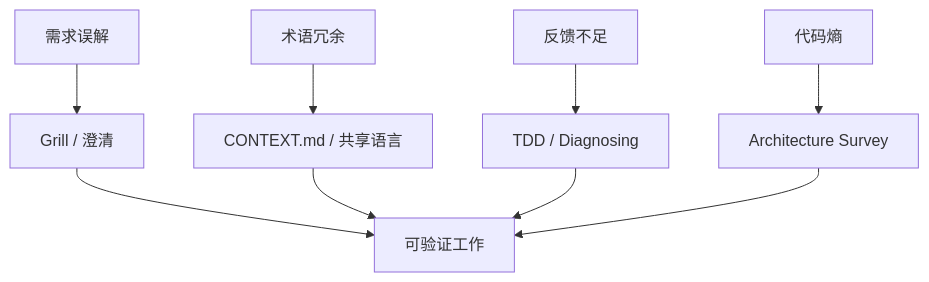
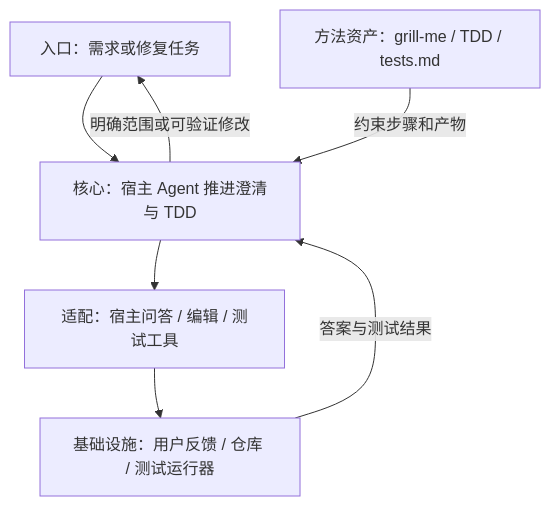
One commit to MarkingYang/aidea-lab changed the first of 3 diagrams in src/content/writing/mattpocock-skills-overview.md. Above: the diagram before and after it, drawn with Mermaid. The commit also changed other lines of this file and 37 other files, not shown here.

````diff
--- a/src/content/writing/mattpocock-skills-overview.md
+++ b/src/content/writing/mattpocock-skills-overview.md
@@ -18,11 +26,9 @@
 ```mermaid
 flowchart TB
-    M[需求误解] --> G[Grill / 澄清]
-    V[术语冗余] --> C[CONTEXT.md / 共享语言]
-    F[反馈不足] --> T[TDD / Diagnosing]
-    E[代码熵] --> A[Architecture Survey]
-    G --> W[可验证工作]
-    C --> W
-    T --> W
-    A --> W
+ U[入口：需求或修复任务] --> H[核心：宿主 Agent 推进澄清与 TDD]
+ S[方法资产：grill-me / TDD / tests.md] -->|约束步骤和产物| H
+ H --> T[适配：宿主问答 / 编辑 / 测试工具]
+ T --> I[基础设施：用户反馈 / 仓库 / 测试运行器]
+ I -->|答案与测试结果| H
+ H -->|明确范围或可验证修改| U
 ```
````
